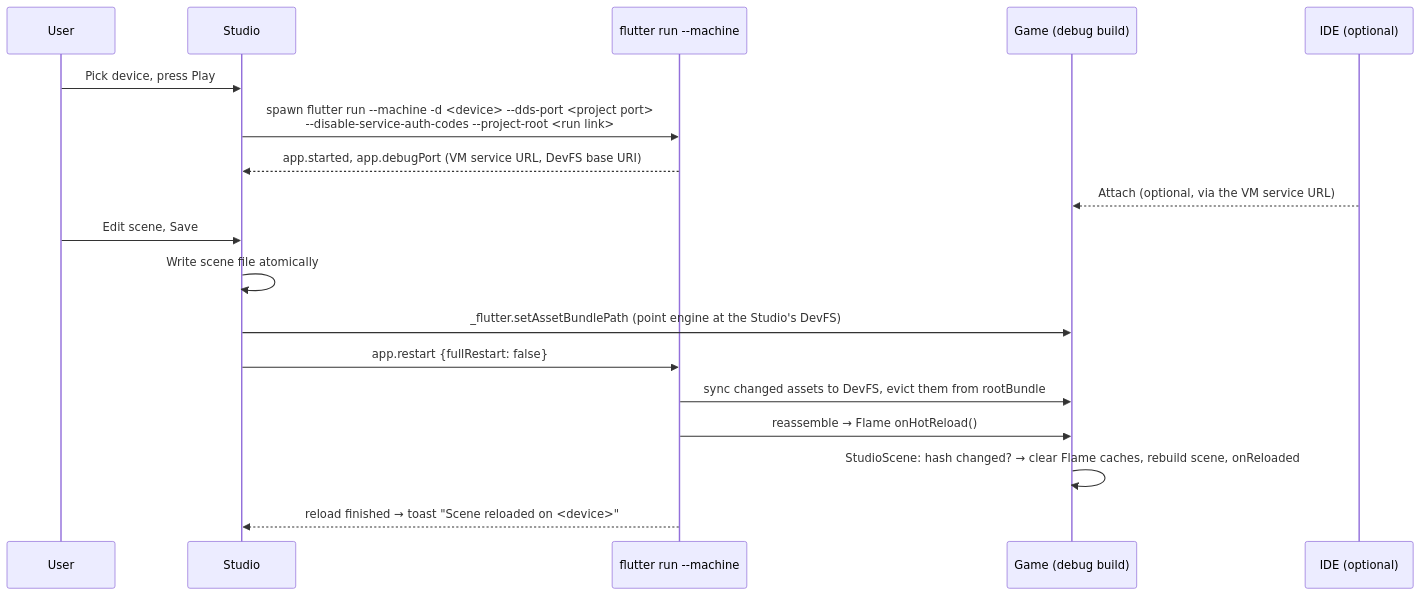
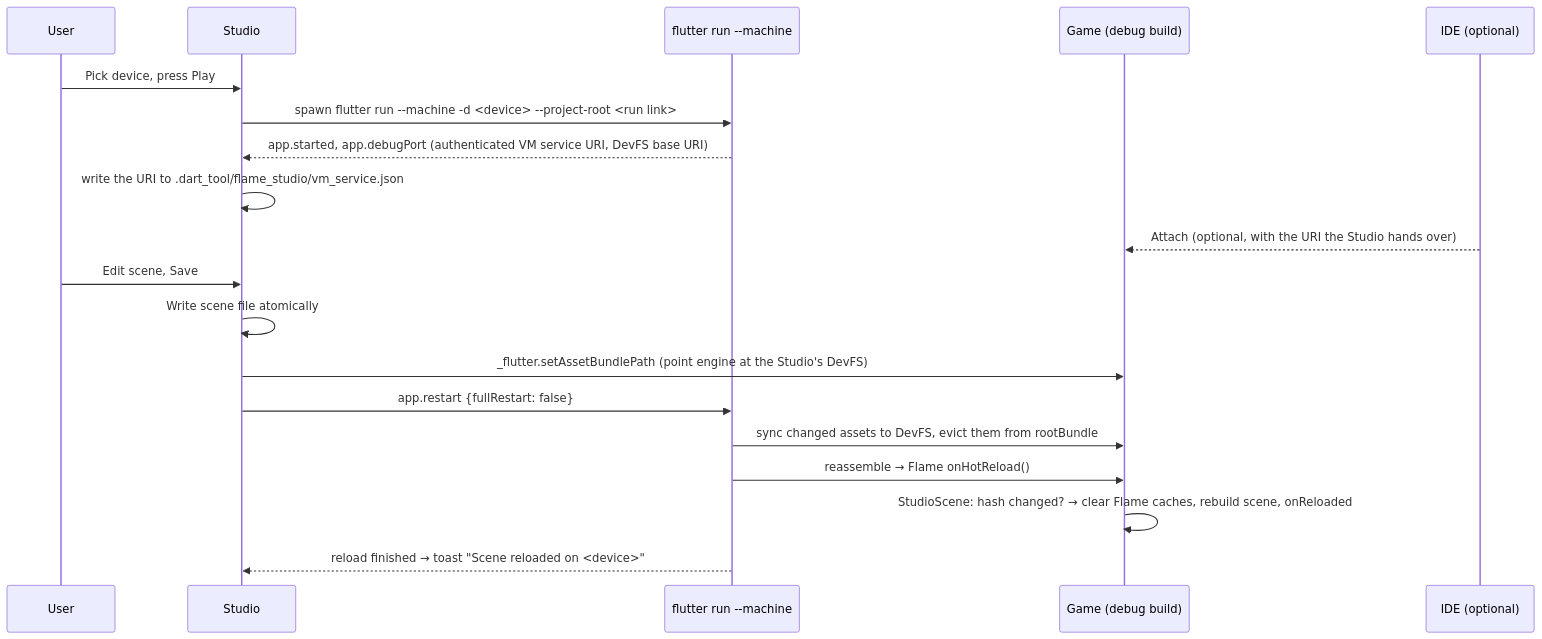
One commit to salah-rashad/flame_studio changed the second of 2 diagrams in docs/project-plan.md. Above: the diagram before and after it, drawn with Mermaid. The commit also changed other lines of this file and 4 other files, not shown here.

First line of the commit message:
docs: keep VM service auth on for Attach (Q81, supersedes Q75)

````diff
--- a/docs/project-plan.md
+++ b/docs/project-plan.md
@@ -626,21 +626,22 @@
 ```mermaid
 sequenceDiagram
   participant U as User
   participant S as Studio
   participant F as flutter run --machine
   participant G as Game (debug build)
   participant I as IDE (optional)
 
   U->>S: Pick device, press Play
-  S->>F: spawn flutter run --machine -d <device> --dds-port <project port><br/>--disable-service-auth-codes --project-root <run link>
-  F-->>S: app.started, app.debugPort (VM service URL, DevFS base URI)
-  I-->>G: Attach (optional, via the VM service URL)
+  S->>F: spawn flutter run --machine -d <device> --project-root <run link>
+  F-->>S: app.started, app.debugPort (authenticated VM service URI, DevFS base URI)
+  S->>S: write the URI to .dart_tool/flame_studio/vm_service.json
+  I-->>G: Attach (optional, with the URI the Studio hands over)
   U->>S: Edit scene, Save
   S->>S: Write scene file atomically
   S->>G: _flutter.setAssetBundlePath (point engine at the Studio's DevFS)
   S->>F: app.restart {fullRestart: false}
   F->>G: sync changed assets to DevFS, evict them from rootBundle
   F->>G: reassemble → Flame onHotReload()
   G->>G: StudioScene: hash changed? → clear Flame caches, rebuild scene, onReloaded
   F-->>S: reload finished → toast "Scene reloaded on <device>"
 ```
````
